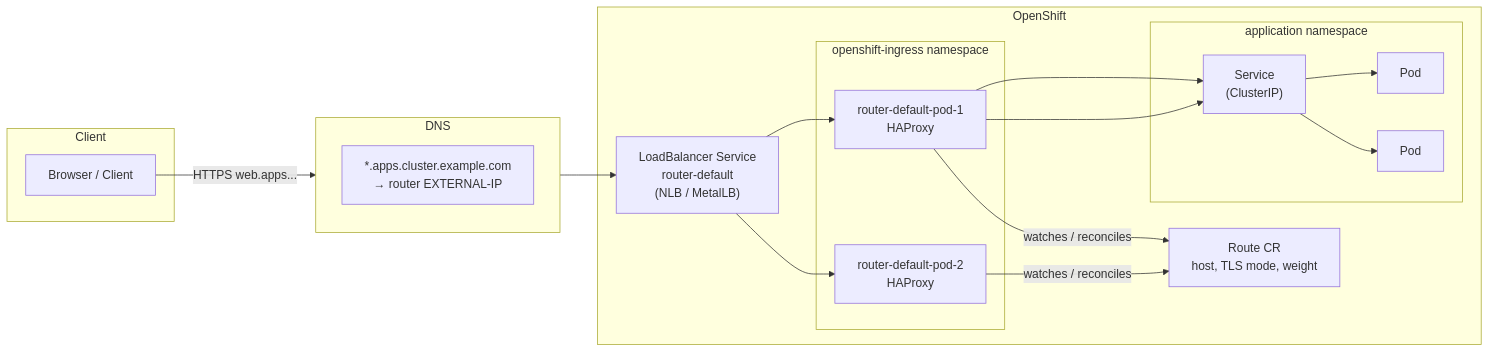
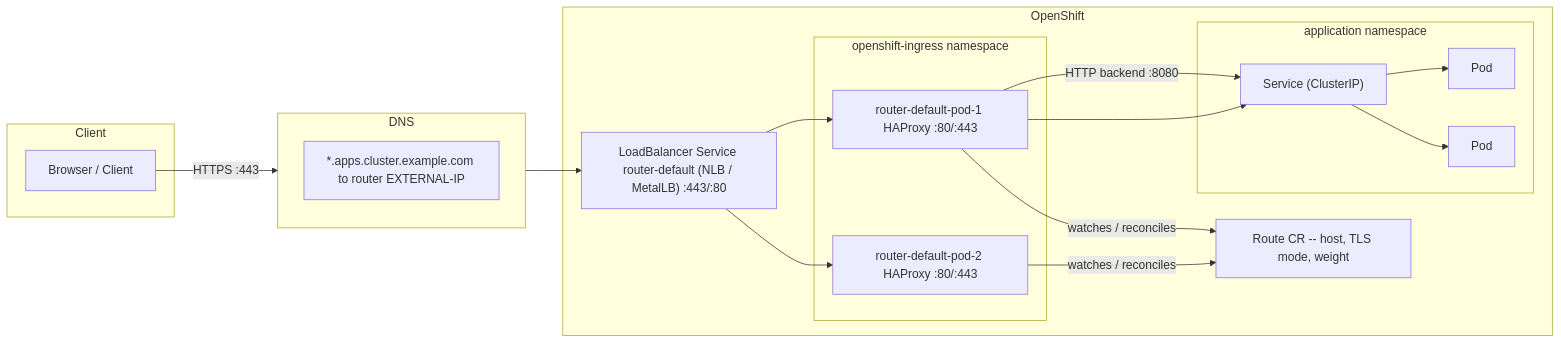
One commit to MykolaLebid/Kubernetes_networking_engineering changed the first of 2 diagrams in lessons/27-openshift-routes-haproxy.md. Above: the diagram before and after it, drawn with Mermaid. The commit also changed other lines of this file and 35 other files, not shown here.

First line of the commit message:
Restructure all 34 lessons: Theory/Practice split, richer diagrams, industry examples, navigation

````diff
--- a/lessons/27-openshift-routes-haproxy.md
+++ b/lessons/27-openshift-routes-haproxy.md
@@ -52,30 +37,30 @@
 ```mermaid
 flowchart LR
     subgraph Client
         BR["Browser / Client"]
     end
     subgraph DNS
-        WDNS["*.apps.cluster.example.com\n→ router EXTERNAL-IP"]
+        WDNS["*.apps.cluster.example.com to router EXTERNAL-IP"]
     end
     subgraph OpenShift
-        SVC_LB["LoadBalancer Service\nrouter-default\n(NLB / MetalLB)"]
+        SVC_LB["LoadBalancer Service router-default (NLB / MetalLB) :443/:80"]
         subgraph IC["openshift-ingress namespace"]
-            RP1["router-default-pod-1\nHAProxy"]
-            RP2["router-default-pod-2\nHAProxy"]
+            RP1["router-default-pod-1 HAProxy :80/:443"]
+            RP2["router-default-pod-2 HAProxy :80/:443"]
         end
         subgraph App["application namespace"]
-            SVC["Service\n(ClusterIP)"]
+            SVC["Service (ClusterIP)"]
             POD1["Pod"]
             POD2["Pod"]
         end
-        ROUTE["Route CR\nhost, TLS mode, weight"]
+        ROUTE["Route CR -- host, TLS mode, weight"]
     end
 
-    BR -- "HTTPS web.apps..." --> DNS
-    DNS --> SVC_LB --> RP1
-    SVC_LB --> RP2
-    RP1 -- "watches / reconciles" --> ROUTE
-    RP2 -- "watches / reconciles" --> ROUTE
-    RP1 --> SVC --> POD1
-    RP1 --> SVC --> POD2
+    BR --"HTTPS :443"-->DNS
+    DNS -->SVC_LB -->RP1
+    SVC_LB -->RP2
+    RP1 --"watches / reconciles"-->ROUTE
+    RP2 --"watches / reconciles"-->ROUTE
+    RP1 --"HTTP backend :8080"-->SVC -->POD1
+    RP1 -->SVC -->POD2
 ```
````
